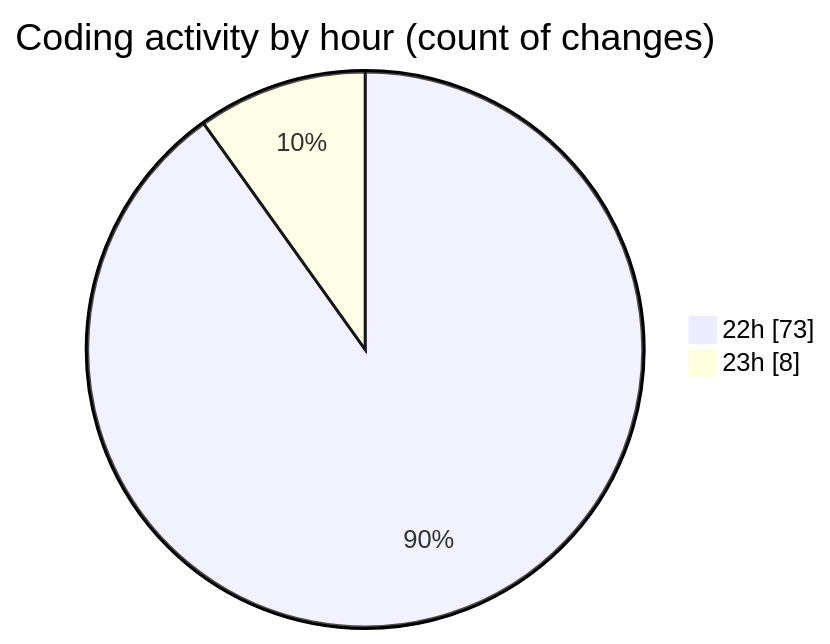
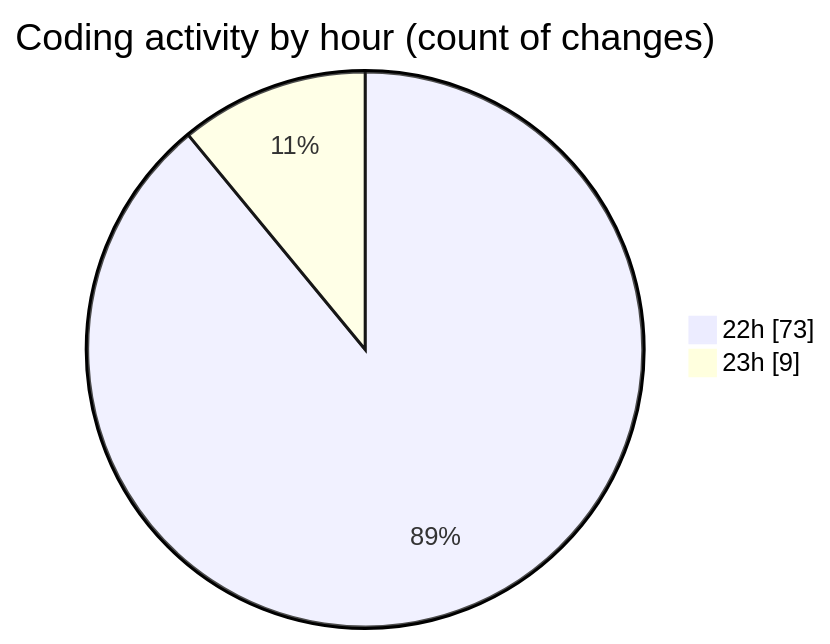
One commit to Ritupan-Deka/code-tracking changed the second of 2 diagrams in 2025-10-07/url-shortener/README.md. Above: the diagram before and after it, drawn with Mermaid. The commit also changed other lines of this file and 1 other file, not shown here.

````diff
--- a/2025-10-07/url-shortener/README.md
+++ b/2025-10-07/url-shortener/README.md
@@ -32,6 +32,6 @@
 ```mermaid
 pie showData
 title Coding activity by hour (count of changes)
 "22h" : 73
-"23h" : 8
+"23h" : 9
 ```
````
